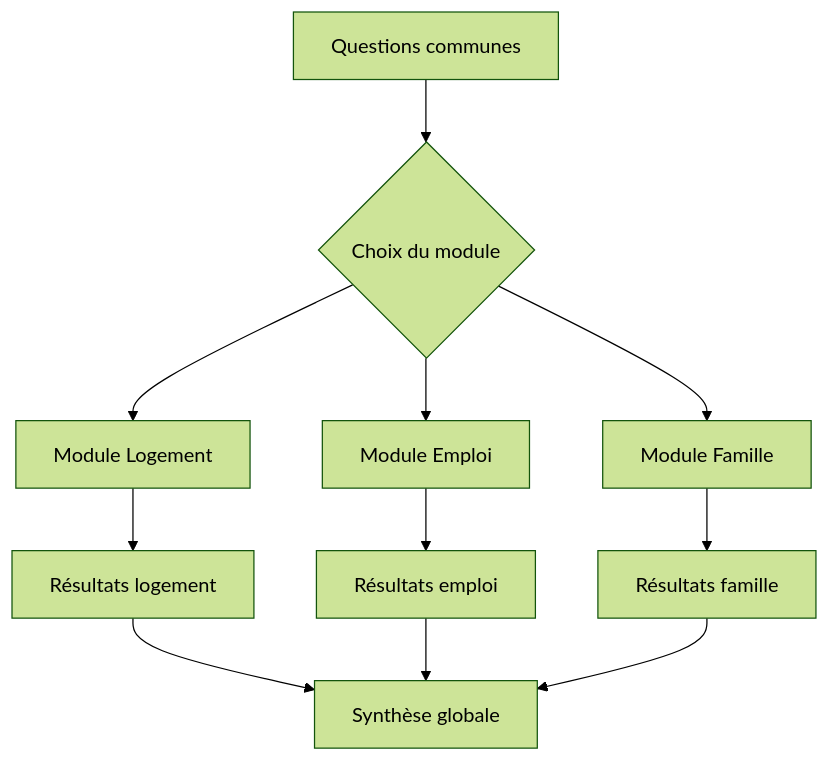
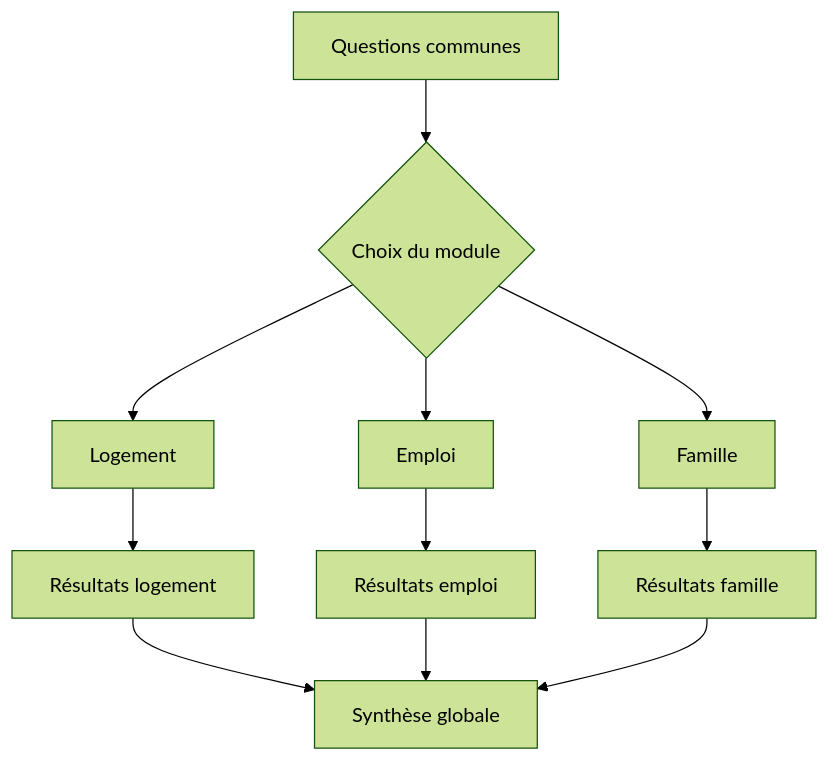
Before and after one commit to ShallowRed/aides-simplifiees-docs: the second of 2 diagrams in docs/simulateurs/simulateur-multi-aide.md, drawn with Mermaid (forest theme). The commit also changed other lines of this file and 6 other files, not shown here.

````diff
--- a/docs/simulateurs/simulateur-multi-aide.md
+++ b/docs/simulateurs/simulateur-multi-aide.md
@@ -164,13 +169,13 @@
 ```mermaid
 graph TD
     A[Questions communes] --> B{Choix du module}
-    B --> C[Module Logement]
-    B --> D[Module Emploi]
-    B --> E[Module Famille]
+    B --> C[Logement]
+    B --> D[Emploi]
+    B --> E[Famille]
     C --> F[Résultats logement]
     D --> G[Résultats emploi]
     E --> H[Résultats famille]
     F --> I[Synthèse globale]
     G --> I
     H --> I
 ```
````
